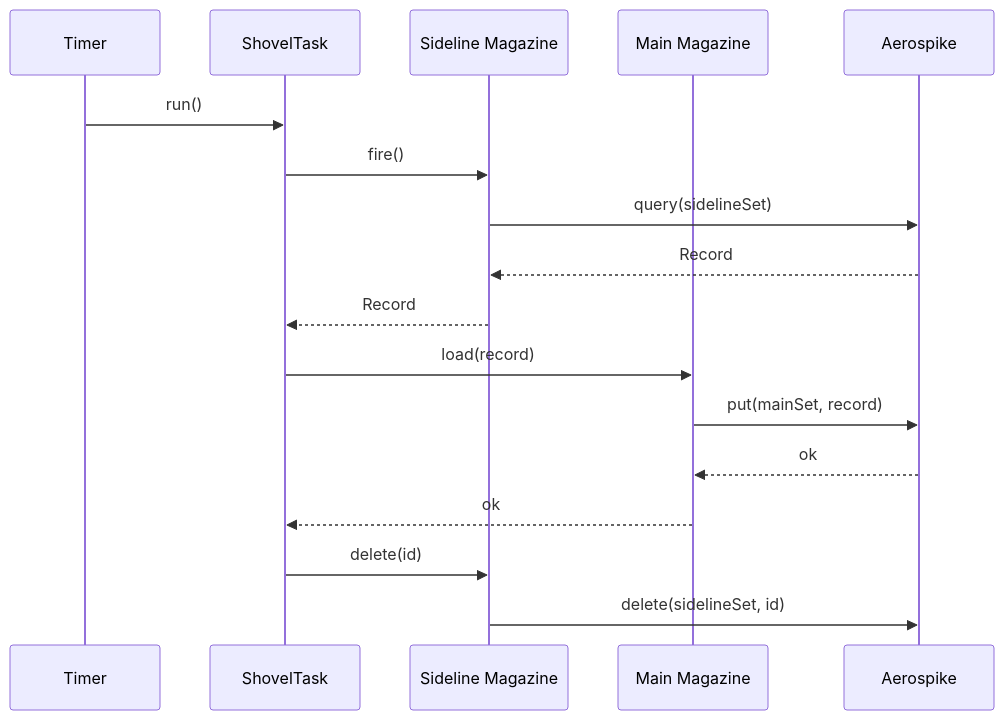
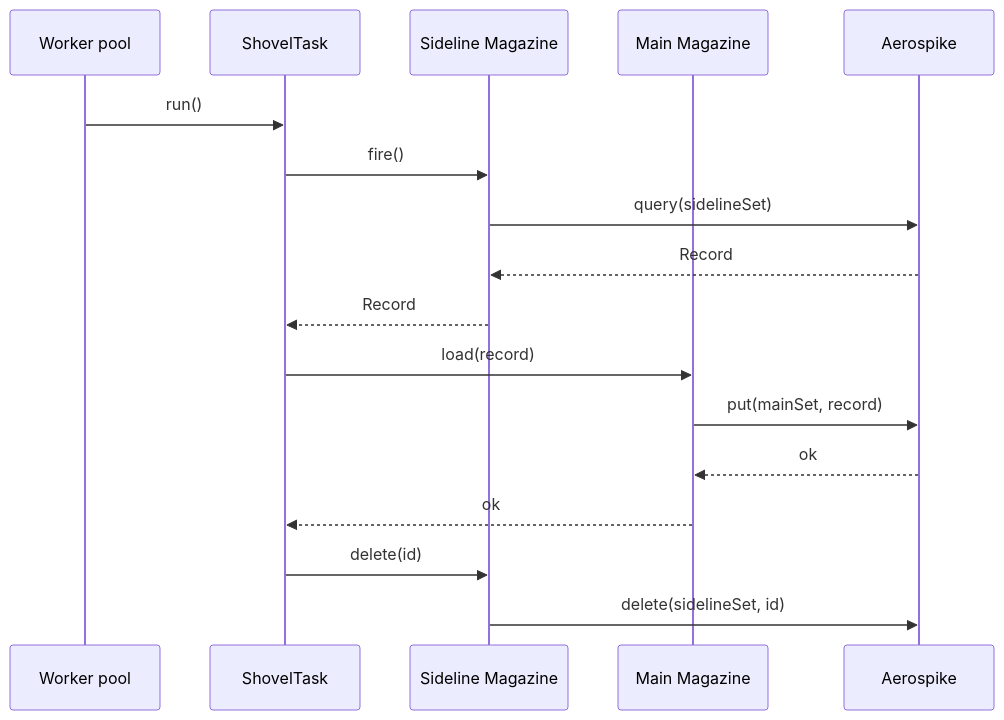
One commit to PhonePe/IgnisMQ changed the fifth of 10 diagrams in docs/docs/architecture.md. Above: the diagram before and after it, drawn with Mermaid. The commit also changed other lines of this file and 39 other files, not shown here.

````diff
--- a/docs/docs/architecture.md
+++ b/docs/docs/architecture.md
@@ -294,20 +318,20 @@
 ```mermaid
 sequenceDiagram
-    participant T as Timer
+    participant T as Worker pool
     participant ST as ShovelTask
     participant SL as Sideline Magazine
     participant M as Main Magazine
     participant AS as Aerospike
 
     T->>ST: run()
     ST->>SL: fire()
     SL->>AS: query(sidelineSet)
     AS-->>SL: Record
     SL-->>ST: Record
     ST->>M: load(record)
     M->>AS: put(mainSet, record)
     AS-->>M: ok
     M-->>ST: ok
     ST->>SL: delete(id)
     SL->>AS: delete(sidelineSet, id)
 ```
````
